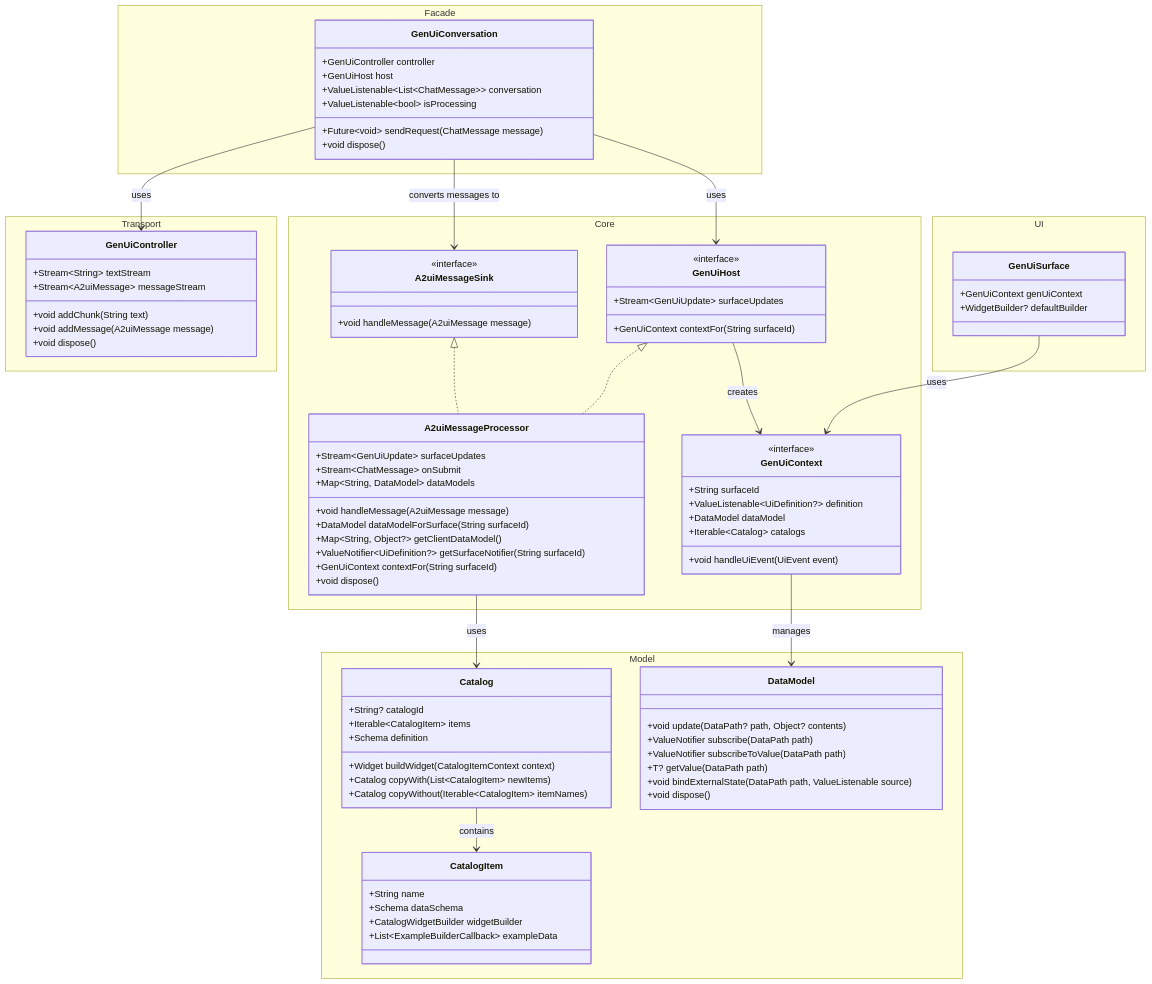
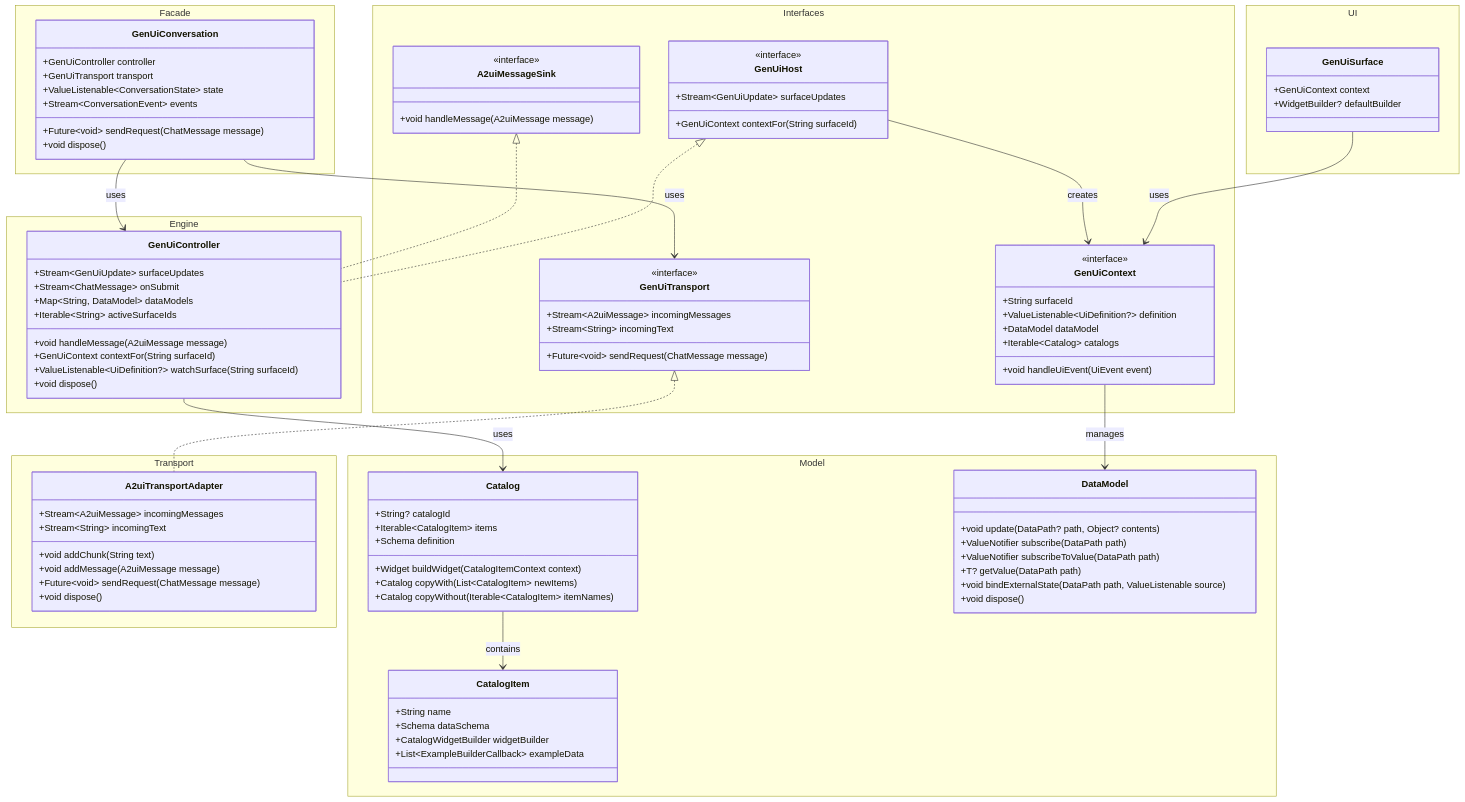
One commit to polina-c/genui changed the second of 4 diagrams in packages/genui/docs/Design_Proposal.md. Above: the diagram before and after it, drawn with Mermaid. The commit also changed other lines of this file and 7 other files, not shown here.

First line of the commit message:
docs: update architecture docs to reflect v0.9 transport layer

````diff
--- a/packages/genui/docs/Design_Proposal.md
+++ b/packages/genui/docs/Design_Proposal.md
@@ -83,25 +86,22 @@
     namespace Facade {
         class GenUiConversation {
             +GenUiController controller
-            +GenUiHost host
-            +ValueListenable~List~ChatMessage~~ conversation
-            +ValueListenable~bool~ isProcessing
+            +GenUiTransport transport
+            +ValueListenable~ConversationState~ state
+            +Stream~ConversationEvent~ events
             +Future~void~ sendRequest(ChatMessage message)
             +void dispose()
         }
     }
 
-    namespace Transport {
-        class GenUiController {
-            +void addChunk(String text)
-            +void addMessage(A2uiMessage message)
-            +Stream~String~ textStream
-            +Stream~A2uiMessage~ messageStream
-            +void dispose()
+    namespace Interfaces {
+        class GenUiTransport {
+            <<interface>>
+            +Stream~A2uiMessage~ incomingMessages
+            +Stream~String~ incomingText
+            +Future~void~ sendRequest(ChatMessage message)
         }
-    }
 
-    namespace Core {
         class GenUiHost {
             <<interface>>
             +Stream~GenUiUpdate~ surfaceUpdates
@@ -121,23 +121,35 @@
             <<interface>>
             +void handleMessage(A2uiMessage message)
         }
+    }
 
-        class A2uiMessageProcessor {
+    namespace Transport {
+        class A2uiTransportAdapter {
+            +void addChunk(String text)
+            +void addMessage(A2uiMessage message)
+            +Stream~A2uiMessage~ incomingMessages
+            +Stream~String~ incomingText
+            +Future~void~ sendRequest(ChatMessage message)
+            +void dispose()
+        }
+    }
+
+    namespace Engine {
+        class GenUiController {
             +void handleMessage(A2uiMessage message)
             +Stream~GenUiUpdate~ surfaceUpdates
             +Stream~ChatMessage~ onSubmit
             +Map~String, DataModel~ dataModels
-            +DataModel dataModelForSurface(String surfaceId)
-            +Map~String, Object?~ getClientDataModel()
-            +ValueNotifier~UiDefinition?~ getSurfaceNotifier(String surfaceId)
+            +Iterable~String~ activeSurfaceIds
             +GenUiContext contextFor(String surfaceId)
+            +ValueListenable~UiDefinition?~ watchSurface(String surfaceId)
             +void dispose()
         }
     }
 
     namespace UI {
         class GenUiSurface {
-            +GenUiContext genUiContext
+            +GenUiContext context
             +WidgetBuilder? defaultBuilder
         }
     }
@@ -169,14 +181,14 @@
         }
     }
 
-    GenUiHost <|.. A2uiMessageProcessor
-    A2uiMessageSink <|.. A2uiMessageProcessor
+    GenUiHost <|.. GenUiController
+    A2uiMessageSink <|.. GenUiController
+    GenUiTransport <|.. A2uiTransportAdapter
     GenUiSurface --> GenUiContext : uses
     GenUiHost --> GenUiContext : creates
     Catalog --> CatalogItem : contains
     GenUiContext --> DataModel : manages
     GenUiConversation --> GenUiController : uses
-    GenUiConversation --> GenUiHost : uses
-    GenUiConversation --> A2uiMessageSink : converts messages to
-    A2uiMessageProcessor --> Catalog : uses
+    GenUiConversation --> GenUiTransport : uses
+    GenUiController --> Catalog : uses
 ```
````
